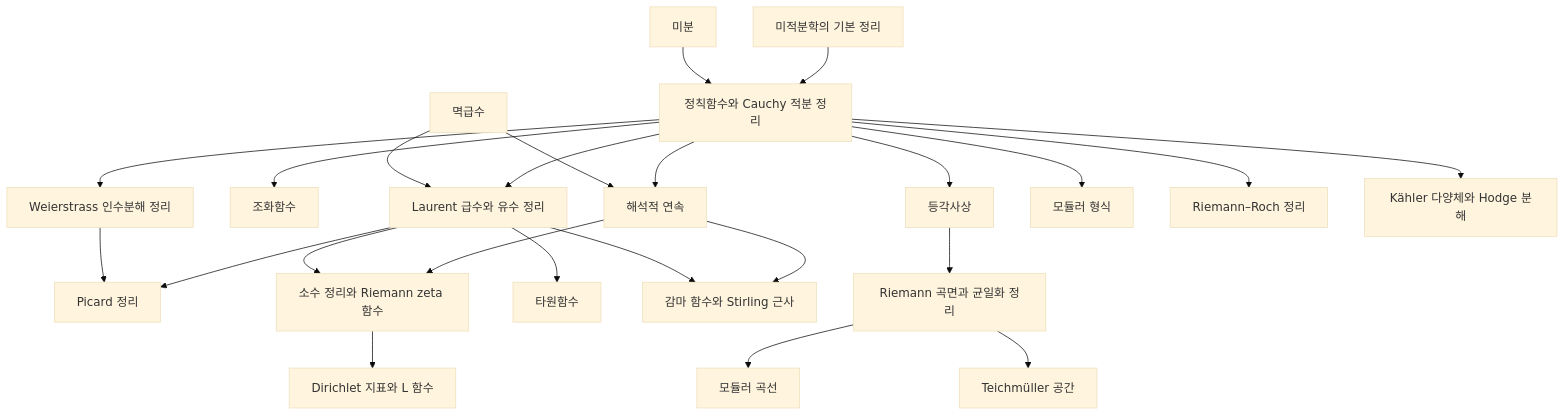
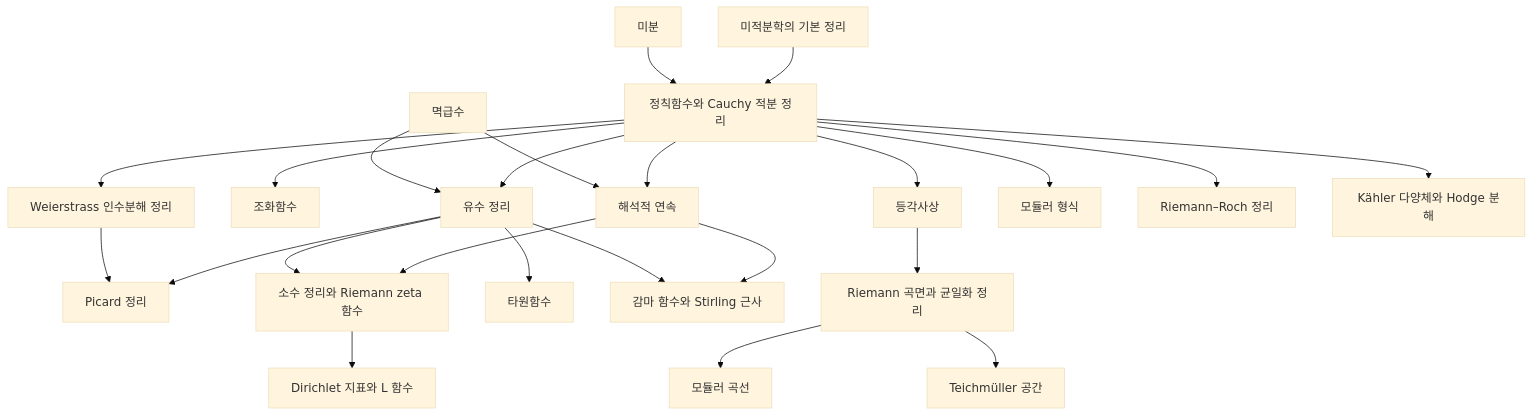
One commit to Phryxia/math-map changed the diagram in docs/complex-analysis-overview.md. Above: the diagram before and after it, drawn with Mermaid (base theme). The commit also changed other lines of this file and 7 other files, not shown here.

````diff
--- a/docs/complex-analysis-overview.md
+++ b/docs/complex-analysis-overview.md
@@ -13,26 +13,26 @@
 ```mermaid
 graph TD
   DV["미분"] --> HF["정칙함수와 Cauchy 적분 정리"]
   FC["미적분학의 기본 정리"] --> HF
-  PS["멱급수"] --> RT["Laurent 급수와 유수 정리"]
+  PS["멱급수"] --> RT["유수 정리"]
   HF --> RT
   HF --> HM["조화함수"]
   PS --> AC["해석적 연속"]
   HF --> AC
   HF --> CM["등각사상"]
   HF --> WF["Weierstrass 인수분해 정리"]
   WF --> PC["Picard 정리"]
   RT --> PC
   CM --> RS["Riemann 곡면과 균일화 정리"]
   RS --> MC["모듈러 곡선"]
   RS --> TS["Teichmüller 공간"]
   RT --> EF["타원함수"]
   RT --> GF["감마 함수와 Stirling 근사"]
   AC --> GF
   RT --> PNT["소수 정리와 Riemann zeta 함수"]
   AC --> PNT
   PNT --> DL["Dirichlet 지표와 L 함수"]
   HF --> MF["모듈러 형식"]
   HF --> RR["Riemann–Roch 정리"]
   HF --> KM["Kähler 다양체와 Hodge 분해"]
 ```
````
